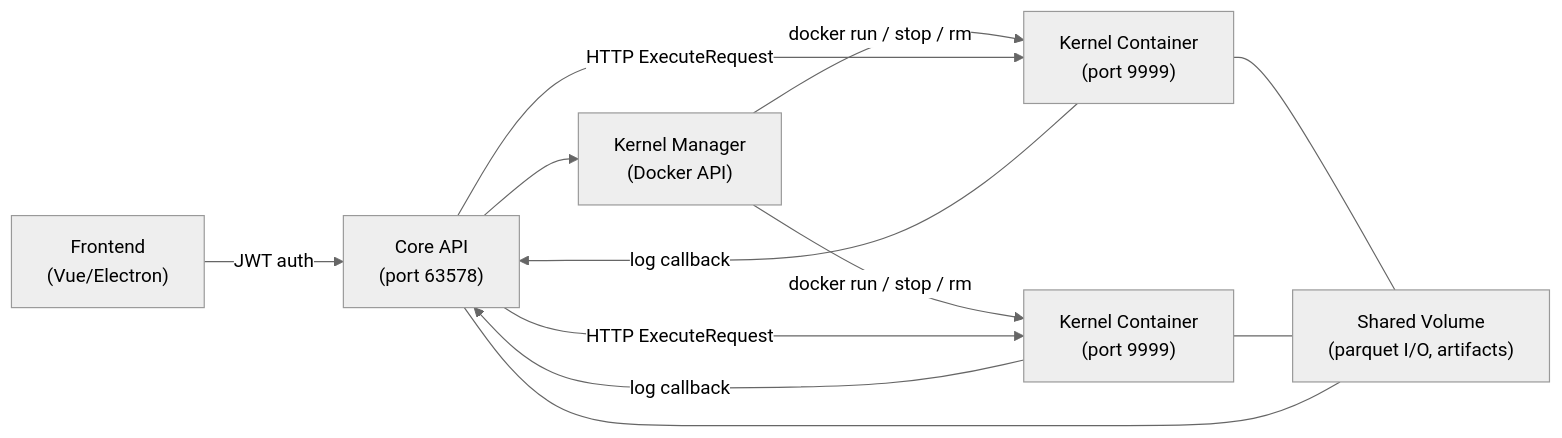
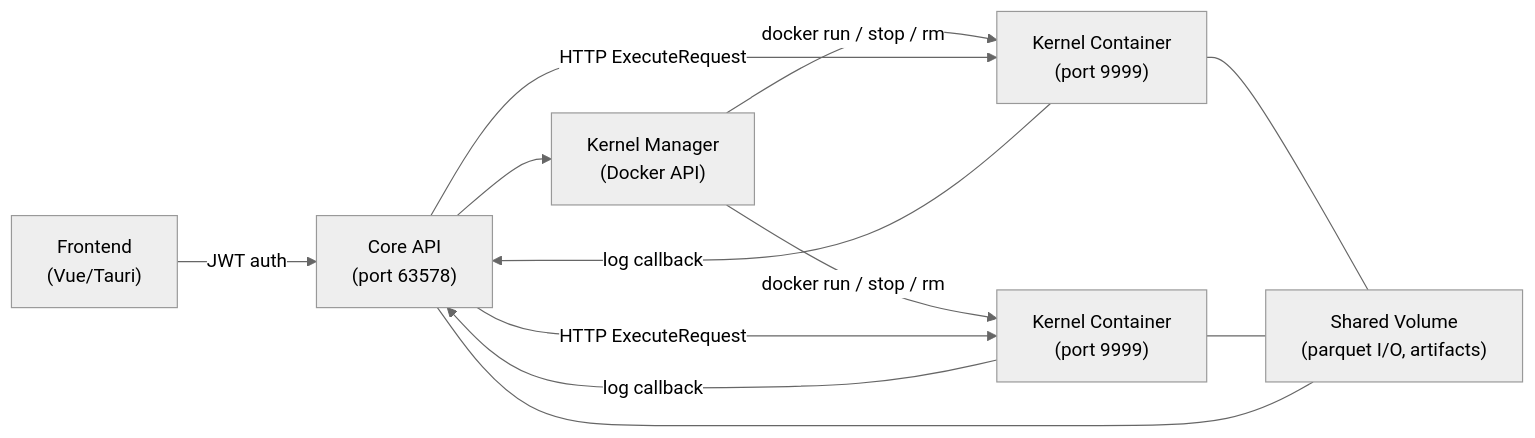
One commit to Edwardvaneechoud/Flowfile changed the first of 2 diagrams in docs/for-developers/kernel-architecture.md. Above: the diagram before and after it, drawn with Mermaid (neutral theme). The commit also changed other lines of this file and 102 other files, not shown here.

````diff
--- a/docs/for-developers/kernel-architecture.md
+++ b/docs/for-developers/kernel-architecture.md
@@ -17,21 +17,21 @@
 ```mermaid
 graph LR
-    Frontend["Frontend<br/>(Vue/Electron)"]
+    Frontend["Frontend<br/>(Vue/Tauri)"]
     Core["Core API<br/>(port 63578)"]
     Manager["Kernel Manager<br/>(Docker API)"]
     K1["Kernel Container<br/>(port 9999)"]
     K2["Kernel Container<br/>(port 9999)"]
     Shared["Shared Volume<br/>(parquet I/O, artifacts)"]
 
     Frontend -->|JWT auth| Core
     Core --> Manager
     Manager -->|docker run / stop / rm| K1
     Manager -->|docker run / stop / rm| K2
     Core -->|HTTP ExecuteRequest| K1
     Core -->|HTTP ExecuteRequest| K2
     K1 -->|log callback| Core
     K2 -->|log callback| Core
     K1 --- Shared
     K2 --- Shared
     Core --- Shared
 ```
````
